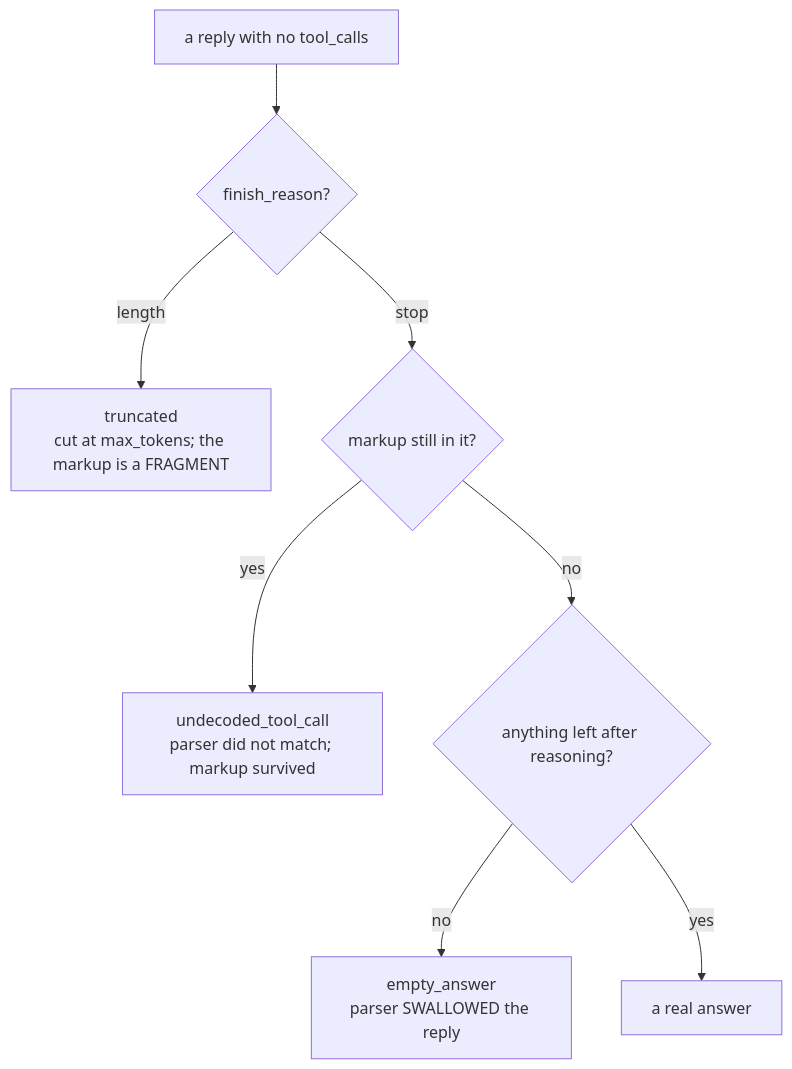
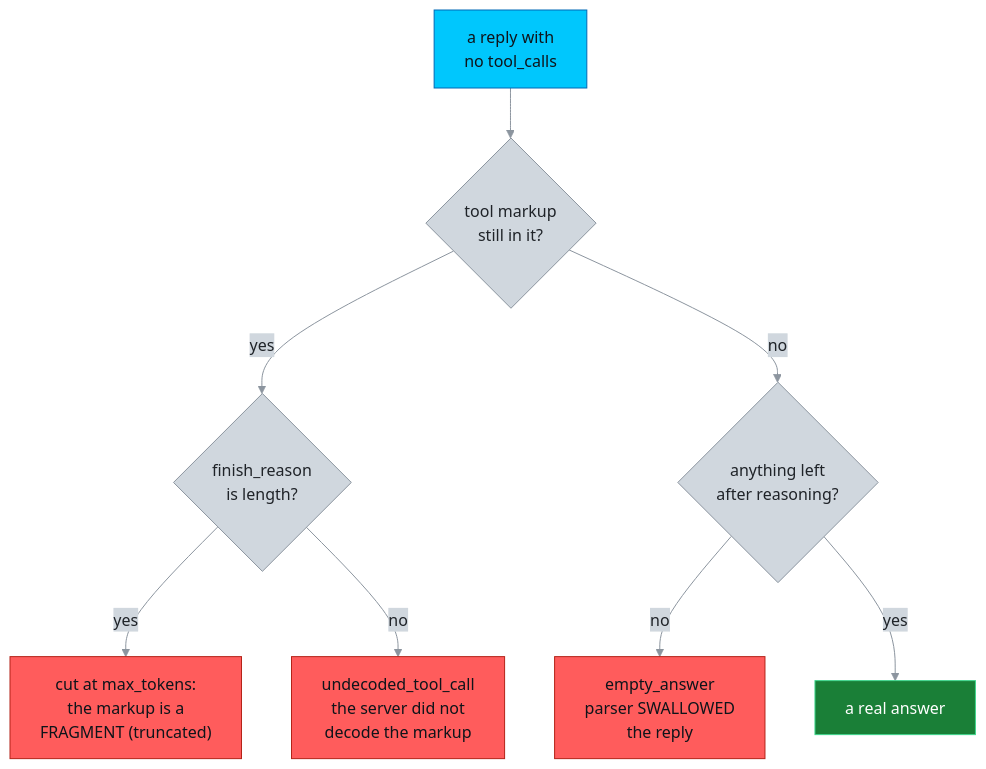
The tenth of 11 diagrams in docs/ARCHITECTURE.md (Lagmator22/ovat), drawn with Mermaid before and after one commit. The commit also changed other lines of this file and 1 other file, not shown here.

First line of the commit message:
docs: colour the Mermaid diagrams and fix labels that were cut off

````diff
--- a/docs/ARCHITECTURE.md
+++ b/docs/ARCHITECTURE.md
@@ -843,10 +951,20 @@
 ```mermaid
+%%{init: {"theme": "base", "themeVariables": {"primaryColor": "#D0D7DE", "primaryTextColor": "#1F2328", "primaryBorderColor": "#8C959F", "lineColor": "#8C959F", "textColor": "#1F2328", "edgeLabelBackground": "#D0D7DE", "clusterBkg": "transparent", "clusterBorder": "#7A8CA0", "titleColor": "#7A8CA0"}}}%%
 flowchart TD
-    Reply["a reply with no tool_calls"] --> Q0{"finish_reason?"}
-    Q0 -->|"length"| T["truncated<br/>cut at max_tokens; the markup is a FRAGMENT"]
-    Q0 -->|"stop"| Q1{"markup still in it?"}
-    Q1 -->|"yes"| A["undecoded_tool_call<br/>parser did not match; markup survived"]
-    Q1 -->|"no"| Q2{"anything left after reasoning?"}
-    Q2 -->|"no"| B["empty_answer<br/>parser SWALLOWED the reply"]
+    Reply["a reply with<br/>no tool_calls"] --> Q1{"tool markup<br/>still in it?"}
+    Q1 -->|"yes"| Q0{"finish_reason<br/>is length?"}
+    Q0 -->|"yes"| T["cut at max_tokens:<br/>the markup is a<br/>FRAGMENT (truncated)"]
+    Q0 -->|"no"| A["undecoded_tool_call<br/>the server did not<br/>decode the markup"]
+    Q1 -->|"no"| Q2{"anything left<br/>after reasoning?"}
+    Q2 -->|"no"| B["empty_answer<br/>parser SWALLOWED<br/>the reply"]
     Q2 -->|"yes"| C["a real answer"]
+
+    classDef backend fill:#00C7FD,stroke:#0068B5,color:#0F141A
+    classDef step fill:#D0D7DE,stroke:#8C959F,color:#1F2328
+    classDef ok fill:#1A7F37,stroke:#3DD68C,color:#FFFFFF
+    classDef fail fill:#FF5C5C,stroke:#B42318,color:#0F141A
+    class Reply backend
+    class Q0,Q1,Q2 step
+    class T,A,B fail
+    class C ok
 ```
````
